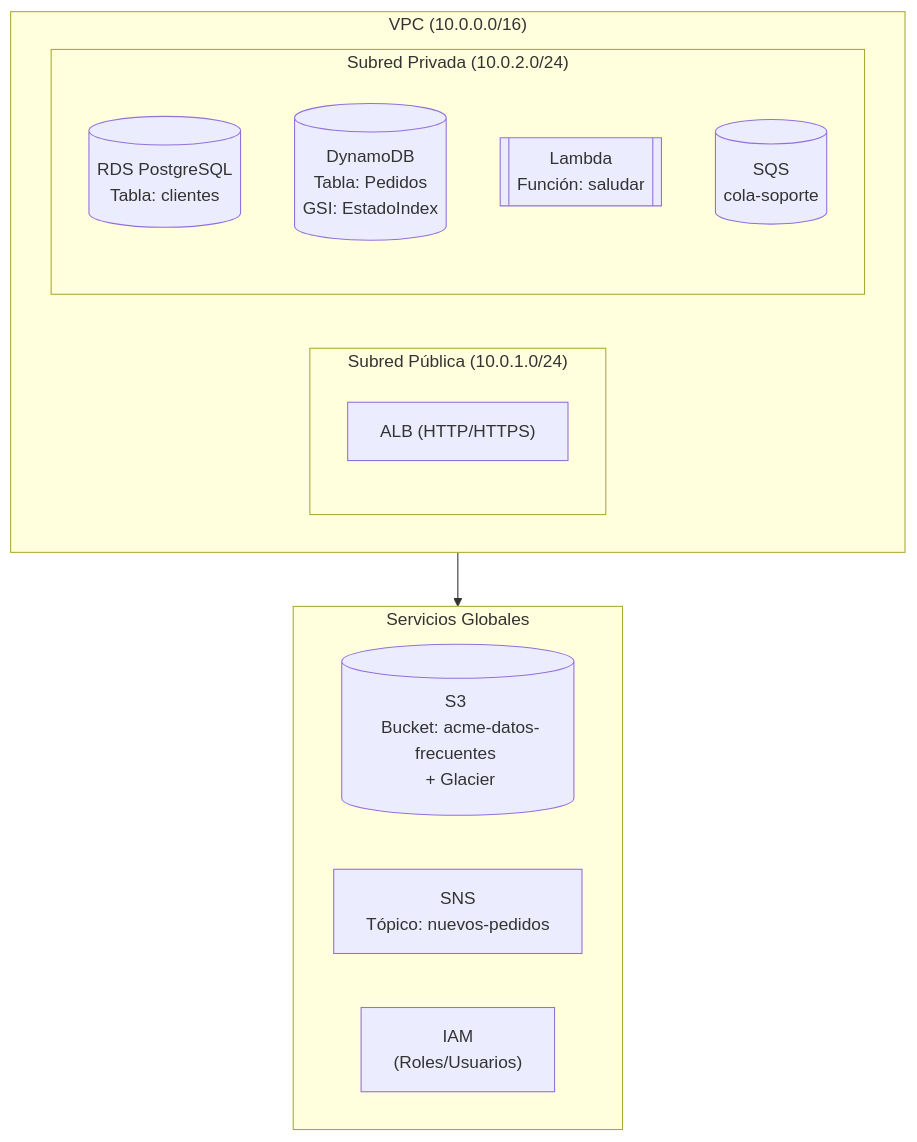
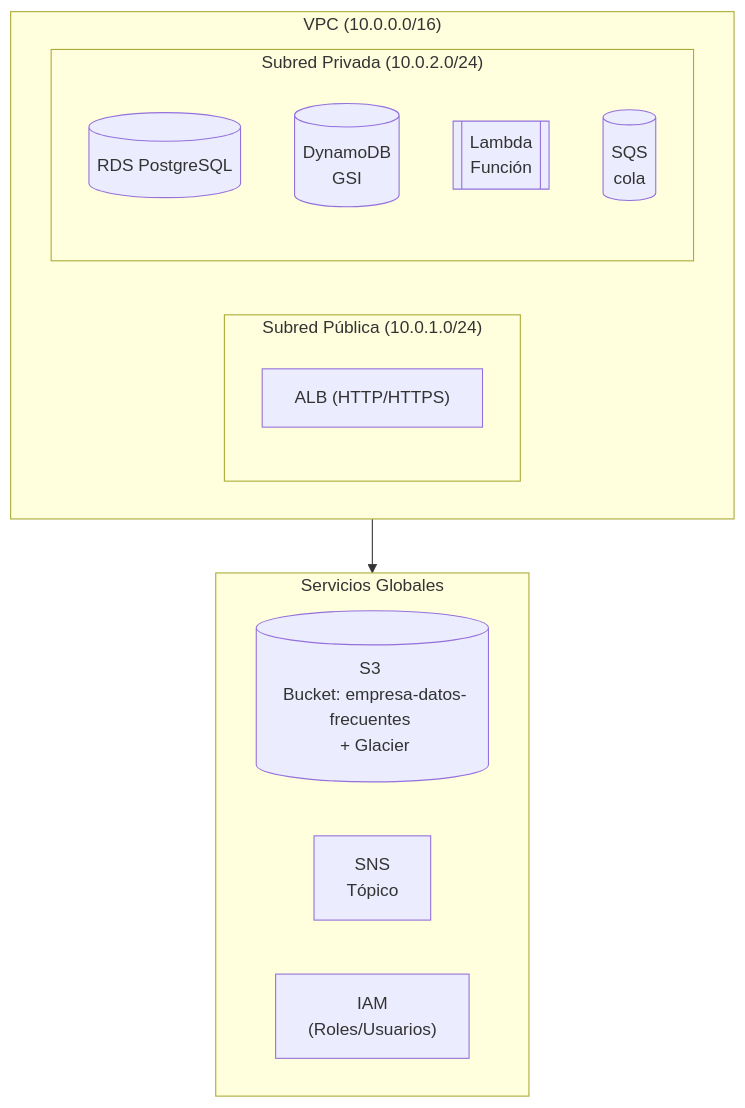
One commit to judirodriguez/infraestructura-viva changed the diagram in README.md. Above: the diagram before and after it, drawn with Mermaid. The commit also changed other lines of this file, not shown here.

Commit message:
Documentación final

````diff
--- a/README.md
+++ b/README.md
@@ -24,23 +24,23 @@
 ```mermaid
 graph TD
     subgraph VPC ["VPC (10.0.0.0/16)"]
         subgraph PublicSubnet ["Subred Pública (10.0.1.0/24)"]
             ALB["ALB (HTTP/HTTPS)"]
         end
 
         subgraph PrivateSubnet ["Subred Privada (10.0.2.0/24)"]
-            RDS[("RDS PostgreSQL <br> Tabla: clientes")]
-            Dynamo[("DynamoDB <br> Tabla: Pedidos <br> GSI: EstadoIndex")]
-            Lambda[["Lambda <br> Función: saludar"]]
-            SQS[("SQS <br> cola-soporte")]
+            RDS[("RDS PostgreSQL <br>")]
+            Dynamo[("DynamoDB <br> GSI")]
+            Lambda[["Lambda <br> Función"]]
+            SQS[("SQS <br> cola")]
         end
     end
 
     subgraph Global ["Servicios Globales"]
-        S3[("S3 <br> Bucket: acme-datos-frecuentes <br> + Glacier")]
-        SNS["SNS <br> Tópico: nuevos-pedidos"]
+        S3[("S3 <br> Bucket: empresa-datos-frecuentes <br> + Glacier")]
+        SNS["SNS <br> Tópico"]
         IAM["IAM <br> (Roles/Usuarios)"]
     end
 
     VPC --> Global
 ```
````
